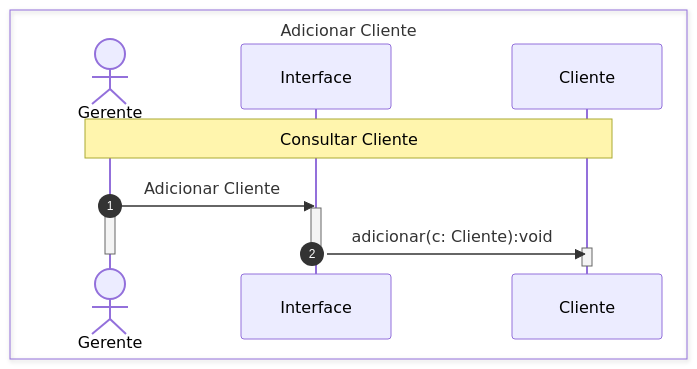
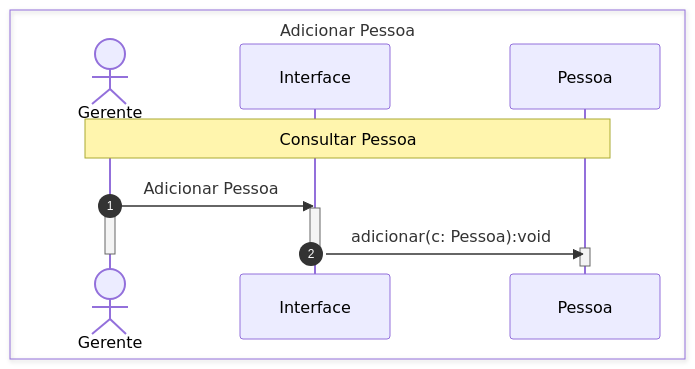
The second of 4 diagrams in DS_Manter_Cliente.md (anderson-gpc/colab), drawn with Mermaid before and after one commit. The commit also changed other lines of this file and 7 other files, not shown here.

````diff
--- a/DS_Manter_Cliente.md
+++ b/DS_Manter_Cliente.md
@@ -29,22 +29,22 @@
 ```mermaid
 sequenceDiagram
     autonumber
-    box Adicionar Cliente
+    box Adicionar Pessoa
         actor Gerente
         participant Interface
-        participant Cliente
+        participant Pessoa
     end
 
-    note over Gerente, Cliente: Consultar Cliente
+    note over Gerente, Pessoa: Consultar Pessoa
 
-    Gerente->>Interface: Adicionar Cliente
+    Gerente->>Interface: Adicionar Pessoa
     activate Gerente
     activate Interface
-    Interface->>Cliente:adicionar(c: Cliente):void
-    activate Cliente
+    Interface->>Pessoa:adicionar(c: Pessoa):void
+    activate Pessoa
 
-    deactivate Cliente
+    deactivate Pessoa
     deactivate Interface
     deactivate Gerente
     
 ```
````
